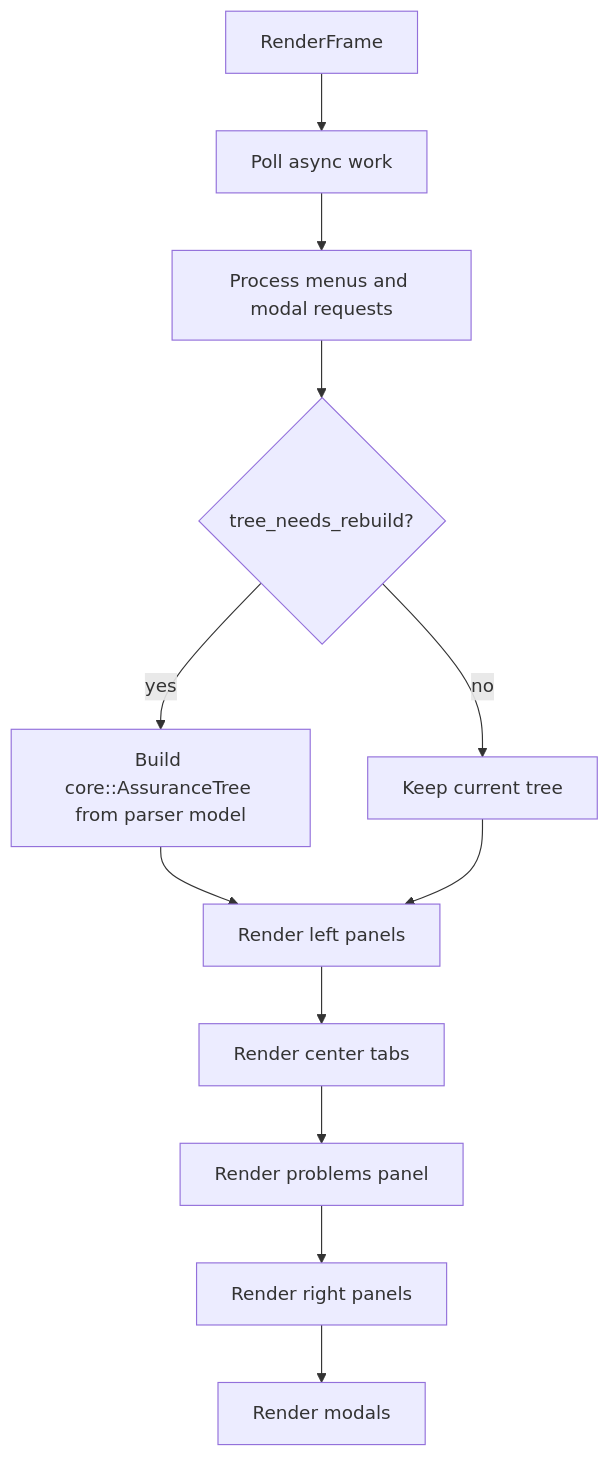
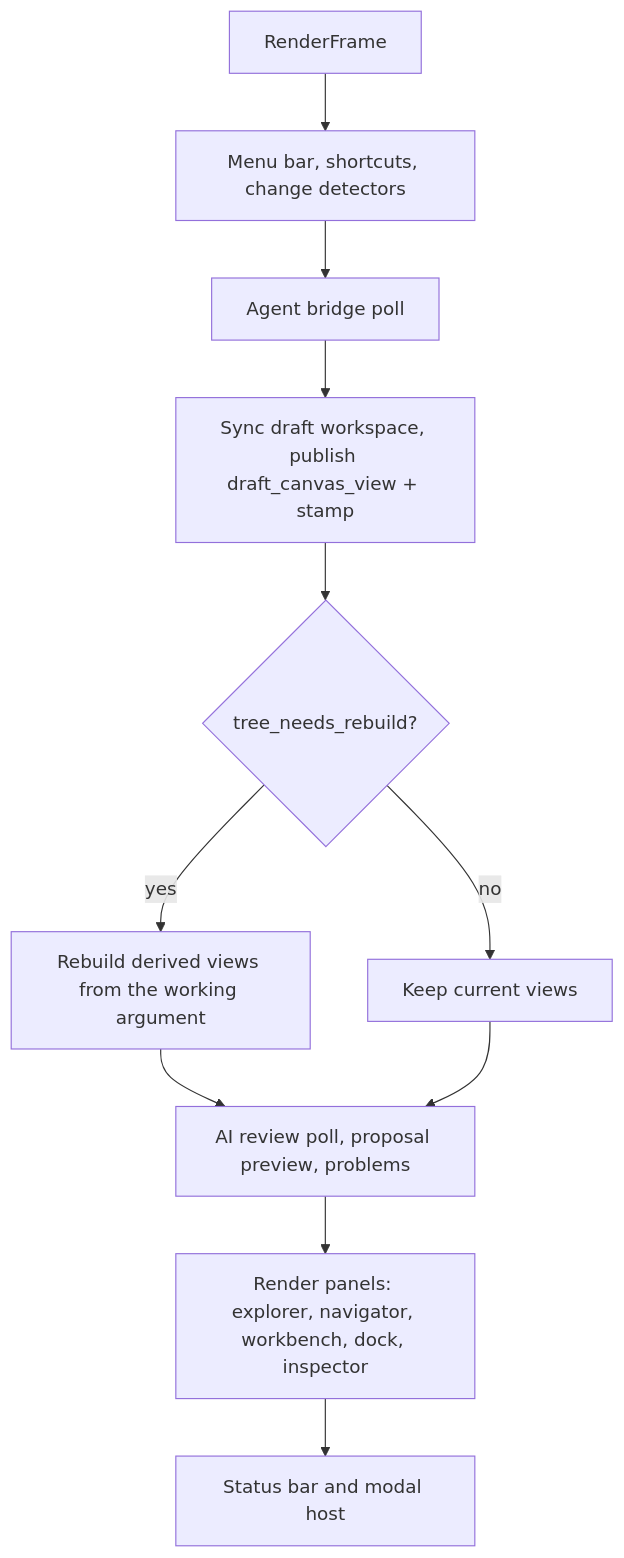
Before and after one commit to lasrod/assurance-forge: the second of 4 diagrams in docs/architecture/runtime-state.md, drawn with Mermaid. The commit also changed other lines of this file and 5 other files, not shown here.

````diff
--- a/docs/architecture/runtime-state.md
+++ b/docs/architecture/runtime-state.md
@@ -47,14 +49,13 @@
 ```mermaid
 flowchart TD
-    A[RenderFrame] --> B[Poll async work]
-    B --> C[Process menus and modal requests]
-    C --> D{tree_needs_rebuild?}
-    D -- yes --> E[Build core::AssuranceTree from parser model]
-    D -- no --> F[Keep current tree]
-    E --> G[Render left panels]
-    F --> G
-    G --> H[Render center tabs]
-    H --> I[Render problems panel]
-    I --> J[Render right panels]
-    J --> K[Render modals]
+    A[RenderFrame] --> B[Menu bar, shortcuts, change detectors]
+    B --> C[Agent bridge poll]
+    C --> D[Sync draft workspace, publish draft_canvas_view + stamp]
+    D --> E{tree_needs_rebuild?}
+    E -- yes --> F[Rebuild derived views from the working argument]
+    E -- no --> G[Keep current views]
+    F --> H[AI review poll, proposal preview, problems]
+    G --> H
+    H --> I[Render panels: explorer, navigator, workbench, dock, inspector]
+    I --> J[Status bar and modal host]
 ```
````
